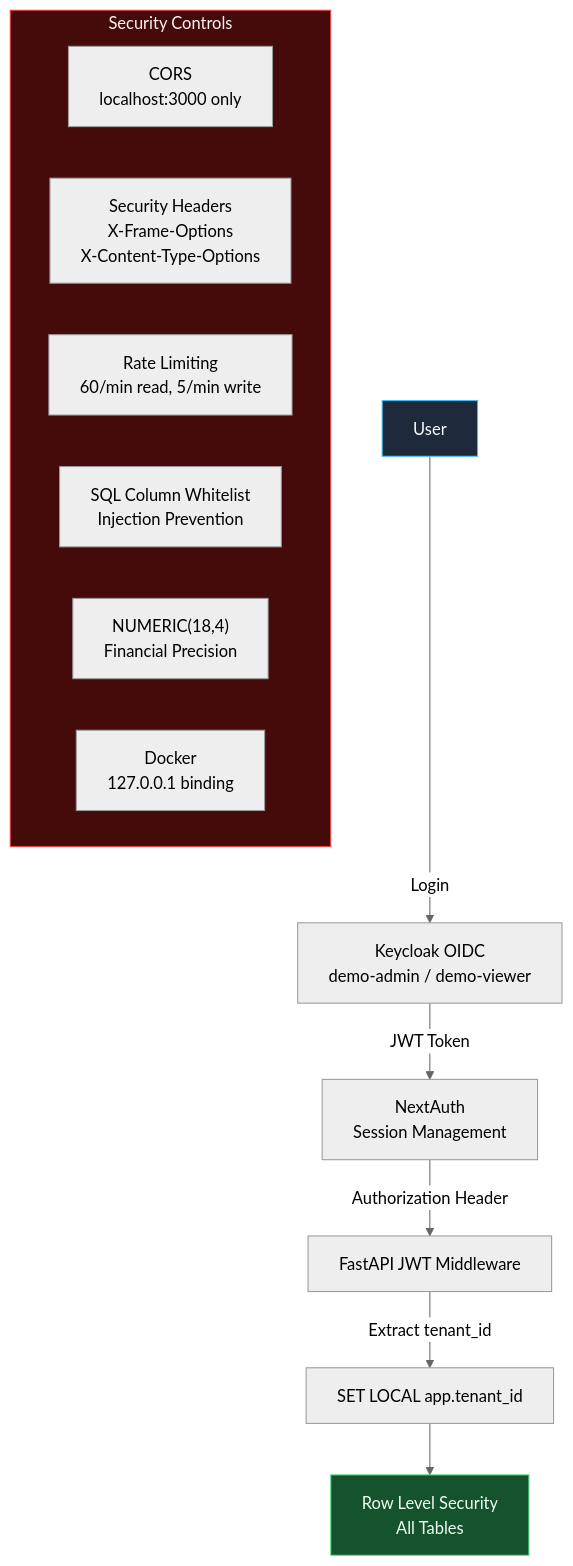
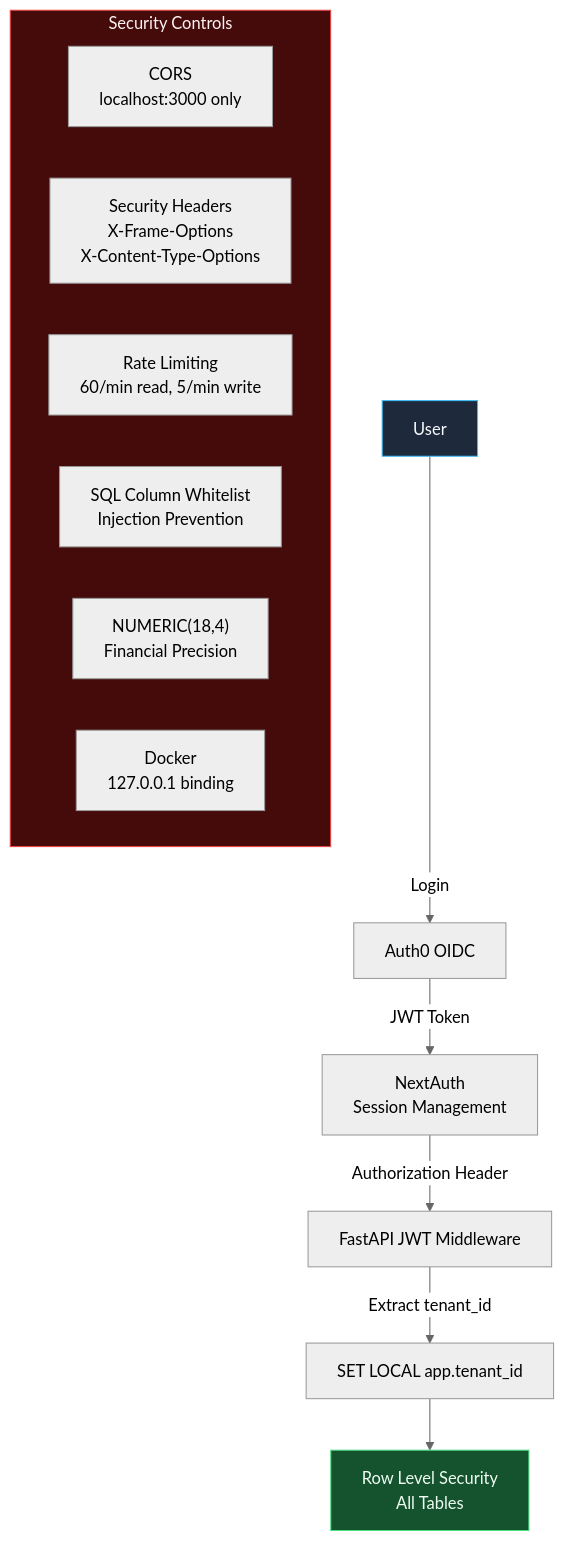
One commit to ahmed-shaaban-94/SAAS changed the sixth of 7 diagrams in docs/reports/architecture-flowchart.md. Above: the diagram before and after it, drawn with Mermaid (neutral theme). The commit also changed other lines of this file and 20 other files, not shown here.

Commit message:
chore: replace all Keycloak references with Auth0 across docs and source files

````diff
--- a/docs/reports/architecture-flowchart.md
+++ b/docs/reports/architecture-flowchart.md
@@ -247,22 +247,22 @@
 ```mermaid
 flowchart TD
-    USER["User"] -->|"Login"| KEYCLOAK_AUTH["Keycloak OIDC<br/>demo-admin / demo-viewer"]
-    KEYCLOAK_AUTH -->|"JWT Token"| FRONTEND_AUTH["NextAuth<br/>Session Management"]
+    USER["User"] -->|"Login"| AUTH0_AUTH["Auth0 OIDC"]
+    AUTH0_AUTH -->|"JWT Token"| FRONTEND_AUTH["NextAuth<br/>Session Management"]
     FRONTEND_AUTH -->|"Authorization Header"| API_AUTH["FastAPI JWT Middleware"]
 
     API_AUTH -->|"Extract tenant_id"| TENANT["SET LOCAL app.tenant_id"]
     TENANT --> RLS_POLICY["Row Level Security<br/>All Tables"]
 
     subgraph SECURITY["Security Controls"]
         CORS_SEC["CORS<br/>localhost:3000 only"]
         HEADERS["Security Headers<br/>X-Frame-Options<br/>X-Content-Type-Options"]
         RATE_SEC["Rate Limiting<br/>60/min read, 5/min write"]
         SQL_SAFE["SQL Column Whitelist<br/>Injection Prevention"]
         NUMERIC["NUMERIC(18,4)<br/>Financial Precision"]
         DOCKER_SEC["Docker<br/>127.0.0.1 binding"]
     end
 
     style USER fill:#1e293b,stroke:#38bdf8,color:#f8fafc
     style SECURITY fill:#450a0a,stroke:#ef4444,color:#fef2f2
     style RLS_POLICY fill:#14532d,stroke:#4ade80,color:#f0fdf4
 ```
````
